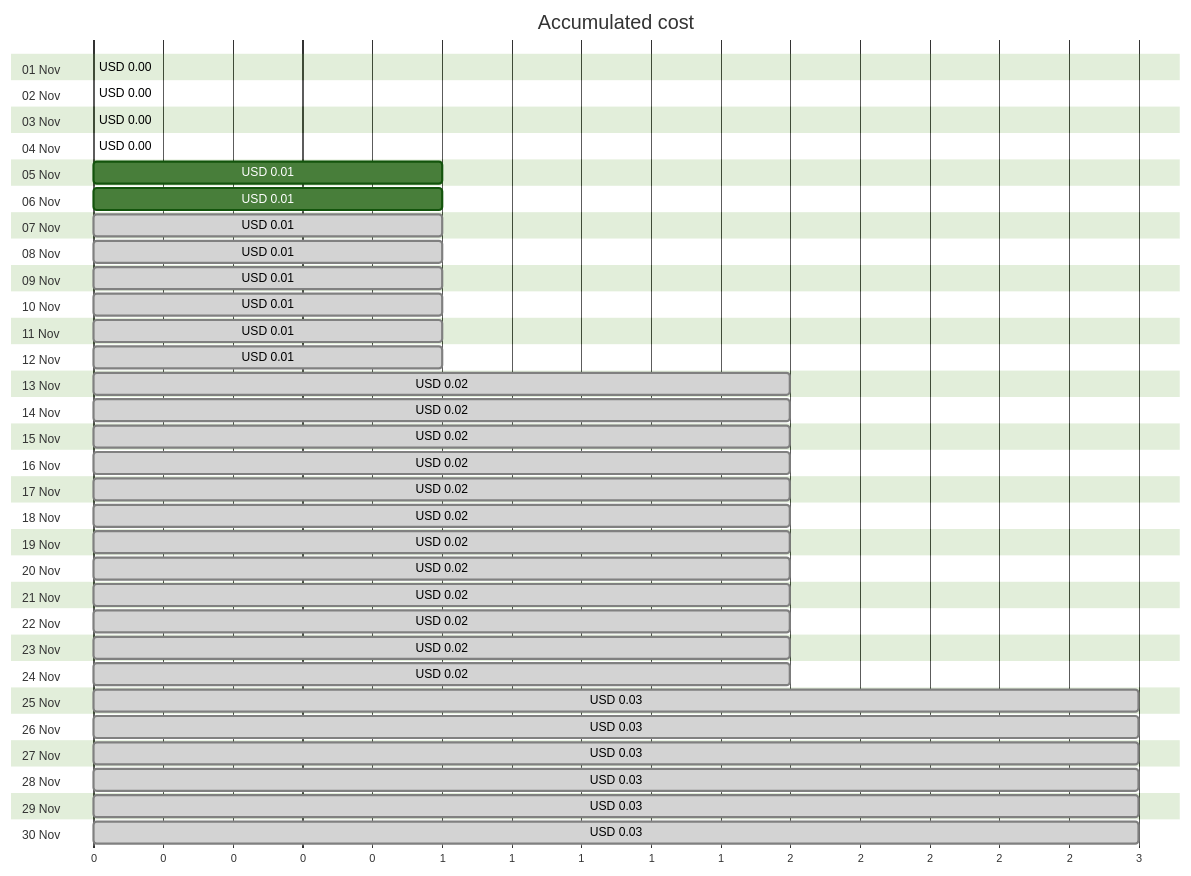
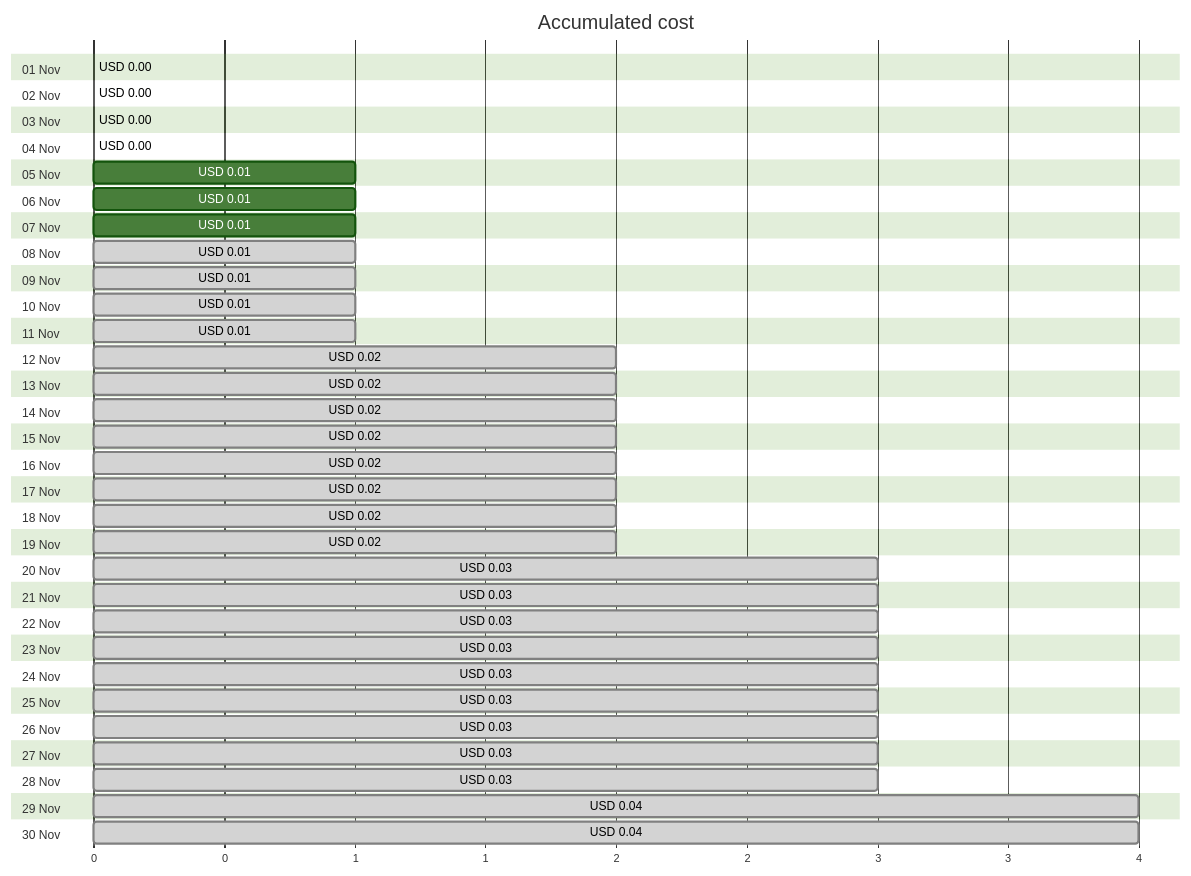
One commit to jpfulton/azure-personal-reports changed the first of 4 diagrams in cost-reports/personal-site/personalsiteapistorage.md. Above: the diagram before and after it, drawn with Mermaid (forest theme). The commit also changed other lines of this file and 6 other files, not shown here.

````diff
--- a/cost-reports/personal-site/personalsiteapistorage.md
+++ b/cost-reports/personal-site/personalsiteapistorage.md
@@ -20,66 +20,66 @@
 ```mermaid
 gantt
    title Accumulated cost
    dateFormat  X
    axisFormat %s
    section 01 Nov
    USD 0.00 :0, 0
    section 02 Nov
    USD 0.00 :0, 0
    section 03 Nov
    USD 0.00 :0, 0
    section 04 Nov
    USD 0.00 :0, 0
    section 05 Nov
    USD 0.01 :0, 1
    section 06 Nov
    USD 0.01 :0, 1
    section 07 Nov
-   USD 0.01 : done, 0, 1
+   USD 0.01 :0, 1
    section 08 Nov
    USD 0.01 : done, 0, 1
    section 09 Nov
    USD 0.01 : done, 0, 1
    section 10 Nov
    USD 0.01 : done, 0, 1
    section 11 Nov
    USD 0.01 : done, 0, 1
    section 12 Nov
-   USD 0.01 : done, 0, 1
+   USD 0.02 : done, 0, 2
    section 13 Nov
    USD 0.02 : done, 0, 2
    section 14 Nov
    USD 0.02 : done, 0, 2
    section 15 Nov
    USD 0.02 : done, 0, 2
    section 16 Nov
    USD 0.02 : done, 0, 2
    section 17 Nov
    USD 0.02 : done, 0, 2
    section 18 Nov
    USD 0.02 : done, 0, 2
    section 19 Nov
    USD 0.02 : done, 0, 2
    section 20 Nov
-   USD 0.02 : done, 0, 2
+   USD 0.03 : done, 0, 3
    section 21 Nov
-   USD 0.02 : done, 0, 2
+   USD 0.03 : done, 0, 3
    section 22 Nov
-   USD 0.02 : done, 0, 2
+   USD 0.03 : done, 0, 3
    section 23 Nov
-   USD 0.02 : done, 0, 2
+   USD 0.03 : done, 0, 3
    section 24 Nov
-   USD 0.02 : done, 0, 2
+   USD 0.03 : done, 0, 3
    section 25 Nov
    USD 0.03 : done, 0, 3
    section 26 Nov
    USD 0.03 : done, 0, 3
    section 27 Nov
    USD 0.03 : done, 0, 3
    section 28 Nov
    USD 0.03 : done, 0, 3
    section 29 Nov
-   USD 0.03 : done, 0, 3
+   USD 0.04 : done, 0, 4
    section 30 Nov
-   USD 0.03 : done, 0, 3
+   USD 0.04 : done, 0, 4
 ```
````
